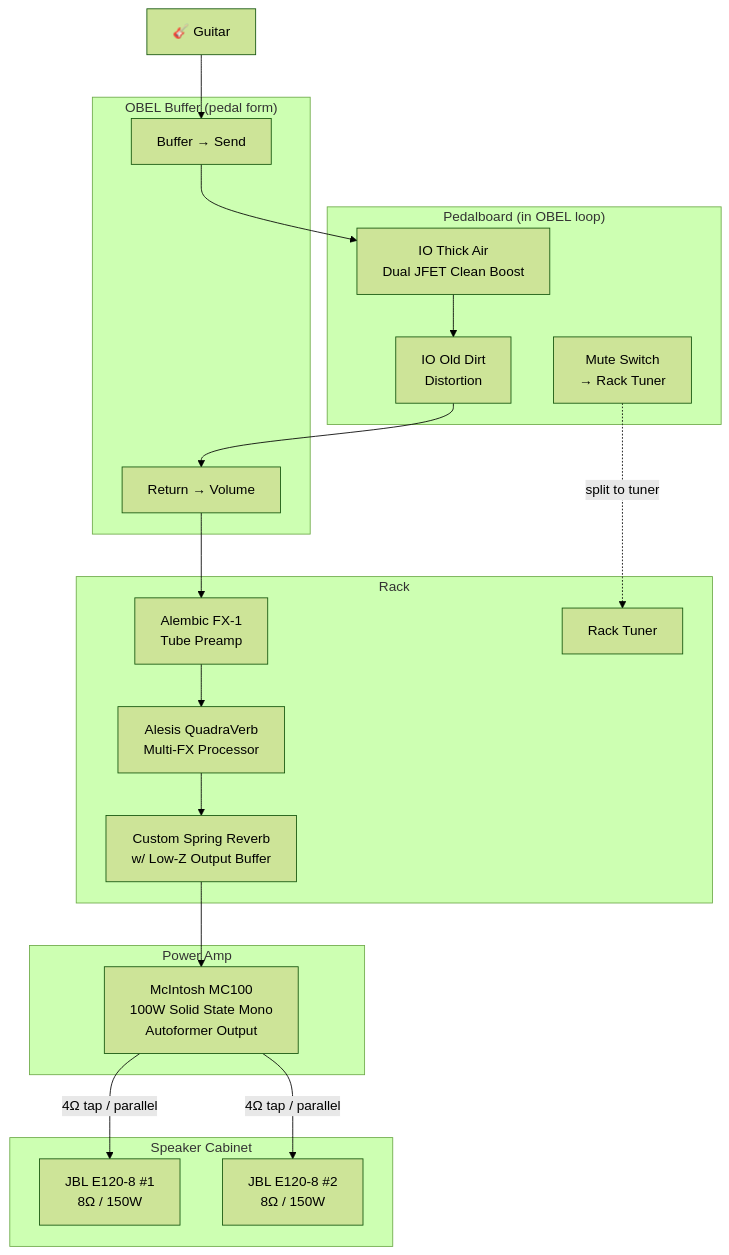
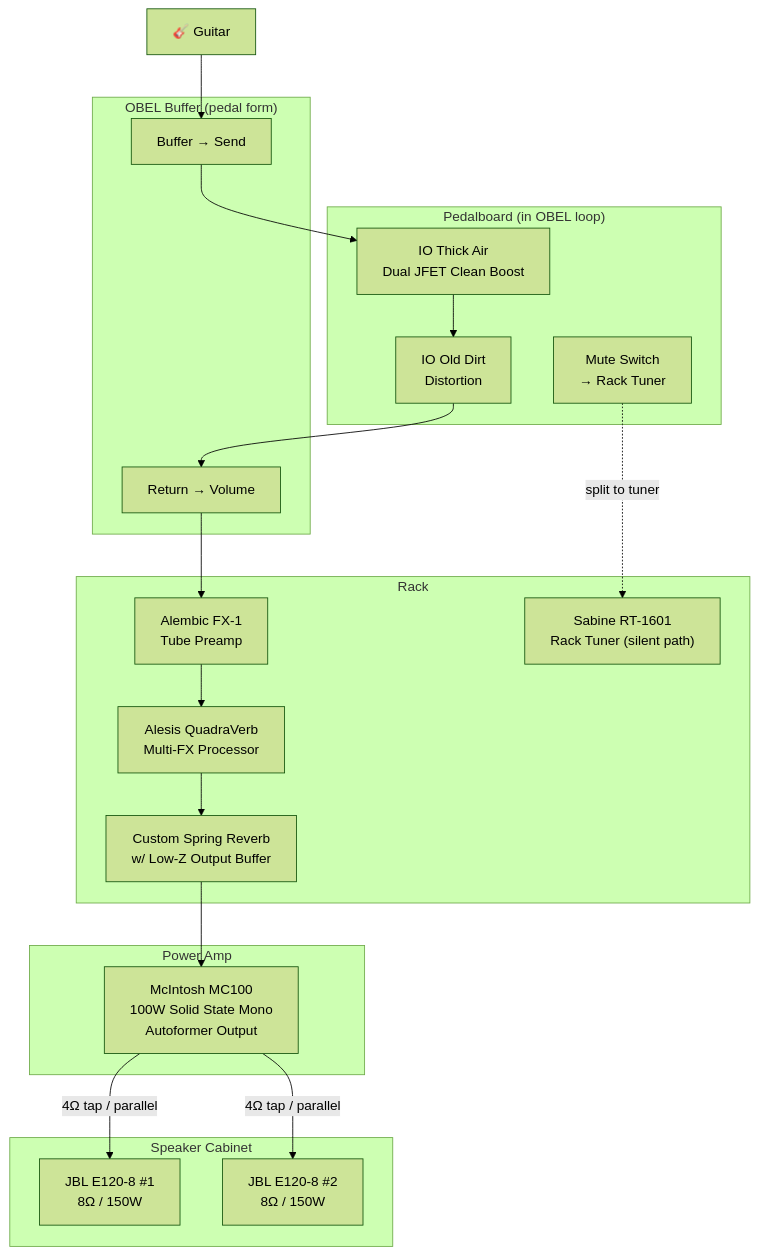
The second of 2 diagrams in chain.md (bingeboy/le-ton-juste), drawn with Mermaid (forest theme) before and after one commit. The commit also changed other lines of this file and 5 other files, not shown here.

First line of the commit message:
Add Sabine RT-1601 rack tuner to signal chain

````diff
--- a/chain.md
+++ b/chain.md
@@ -41,43 +42,43 @@
 ```mermaid
 flowchart TD
   G["🎸 Guitar"]
 
   subgraph OBEL["OBEL Buffer (pedal form)"]
     BUF_SEND["Buffer → Send"]
     BUF_RET["Return → Volume"]
   end
 
   subgraph PEDALBOARD["Pedalboard (in OBEL loop)"]
     TA["IO Thick Air<br/>Dual JFET Clean Boost"]
     DIRT["IO Old Dirt<br/>Distortion"]
     MUTE["Mute Switch<br/>→ Rack Tuner"]
   end
 
   subgraph RACK["Rack"]
     PRE["Alembic FX-1<br/>Tube Preamp"]
     QV["Alesis QuadraVerb<br/>Multi-FX Processor"]
     REV["Custom Spring Reverb<br/>w/ Low-Z Output Buffer"]
-    TUNER["Rack Tuner"]
+    TUNER["Sabine RT-1601<br/>Rack Tuner (silent path)"]
   end
 
   subgraph AMP["Power Amp"]
     MC["McIntosh MC100<br/>100W Solid State Mono<br/>Autoformer Output"]
   end
 
   subgraph CABINET["Speaker Cabinet"]
     SP1["JBL E120-8 #1<br/>8Ω / 150W"]
     SP2["JBL E120-8 #2<br/>8Ω / 150W"]
   end
 
   G --> BUF_SEND
   BUF_SEND --> TA
   TA --> DIRT
   DIRT --> BUF_RET
   BUF_RET --> PRE
   PRE --> QV
   QV --> REV
   REV --> MC
   MC -->|"4Ω tap / parallel"| SP1
   MC -->|"4Ω tap / parallel"| SP2
   MUTE -.->|"split to tuner"| TUNER
 ```
````
